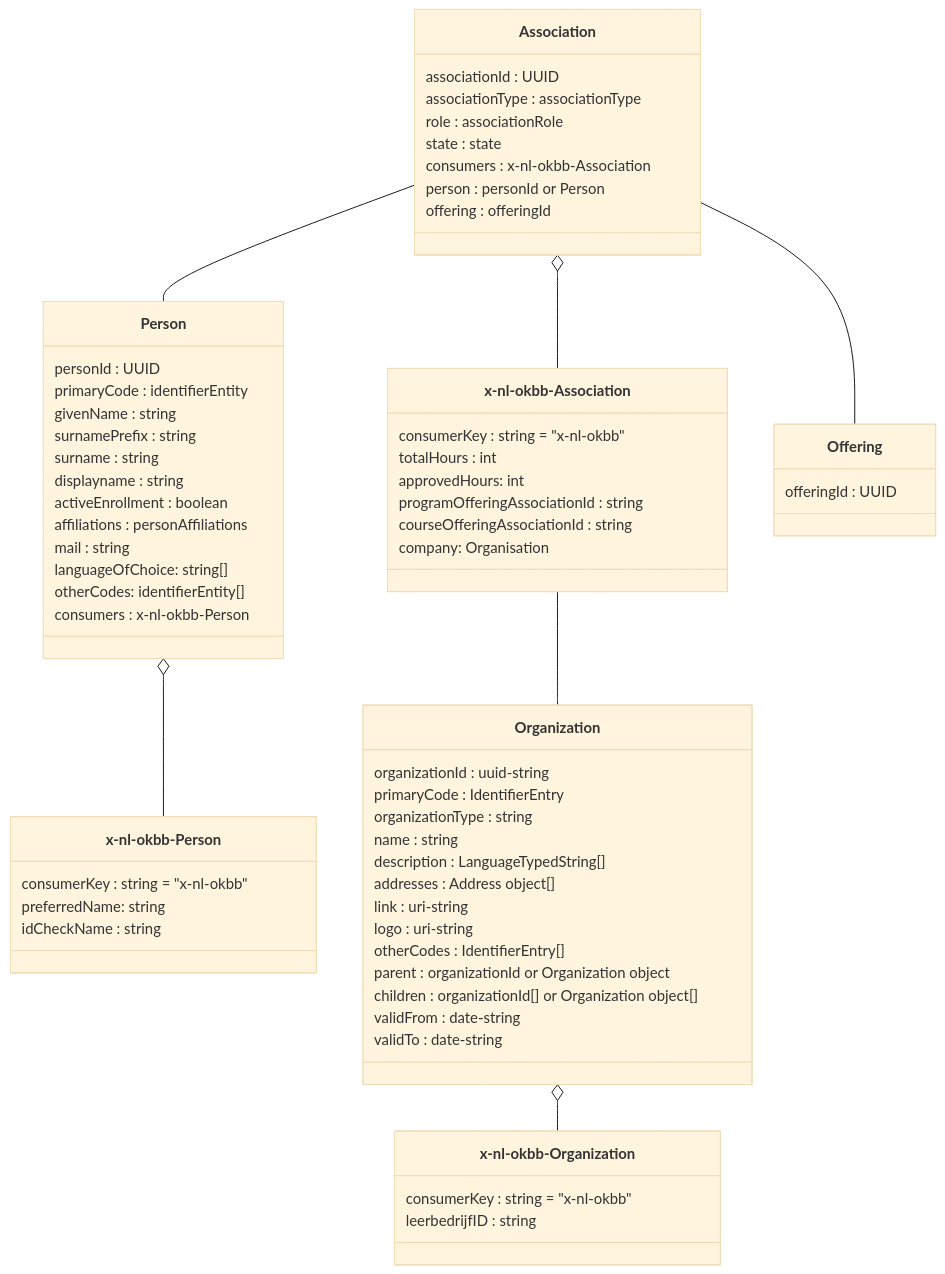
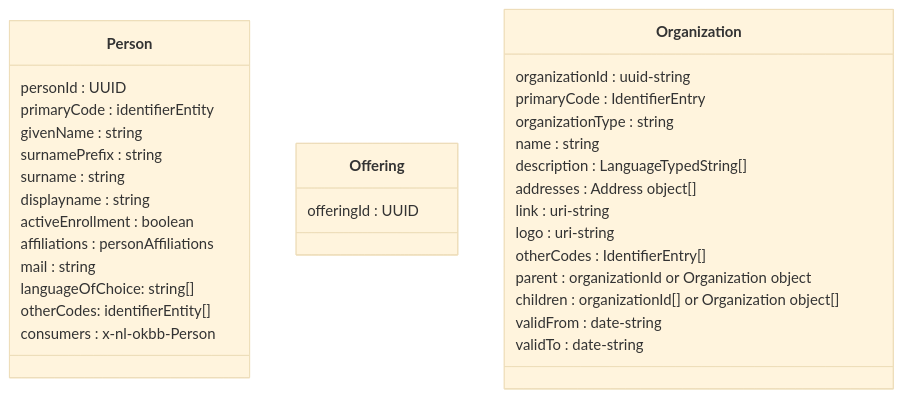
Before and after one commit to Onderwijs-Koppelingen-OKx/OKB---BPV-Matching-en-Begeleiding: the diagram in doc/domainmodel.md, drawn with Mermaid (base theme). The commit also changed other lines of this file, not shown here.

````diff
--- a/doc/domainmodel.md
+++ b/doc/domainmodel.md
@@ -3,75 +3,40 @@
 ```mermaid
 classDiagram
- class Association {
-    	associationId : UUID
-        associationType : associationType
-        role : associationRole
-        state : state
-        consumers : x-nl-okbb-Association
-        person : personId or Person
-        offering : offeringId
-    }
-    class `x-nl-okbb-Association` {
-    	consumerKey : string = "x-nl-okbb"
-	    totalHours : int
-        approvedHours: int
-	    programOfferingAssociationId : string
-	    courseOfferingAssociationId : string
-        company: Organisation
 
-        
-    }
     class Person {
         personId : UUID
         primaryCode : identifierEntity
         givenName : string
         surnamePrefix : string 
         surname : string
         displayname : string
         activeEnrollment : boolean 
         affiliations : personAffiliations
         mail : string
         languageOfChoice: string[]
 		otherCodes: identifierEntity[]
     	consumers : x-nl-okbb-Person
     }
-
-    class `x-nl-okbb-Person` {
-    	consumerKey : string = "x-nl-okbb"
-        preferredName: string
-	    idCheckName : string
-    }
-
 
     class Offering {
        offeringId : UUID
     }
     class Organization {
         organizationId : uuid-string
         primaryCode : IdentifierEntry
         organizationType : string
         name : string
         description : LanguageTypedString[]
         addresses : Address object[]
         link : uri-string
         logo : uri-string
         otherCodes : IdentifierEntry[]
         parent : organizationId or Organization object
         children : organizationId[] or Organization object[]
         validFrom : date-string
         validTo : date-string
     }
-    class `x-nl-okbb-Organization` {
-        consumerKey : string = "x-nl-okbb"
-		leerbedrijfID : string
-    }
-    Organization o-- `x-nl-okbb-Organization`
-    x-nl-okbb-Association -- Organization
 
-    Association -- Offering 
-    Association o-- `x-nl-okbb-Association`
-    Association -- Person
-    Person o-- `x-nl-okbb-Person`
     
 
 ```
````
